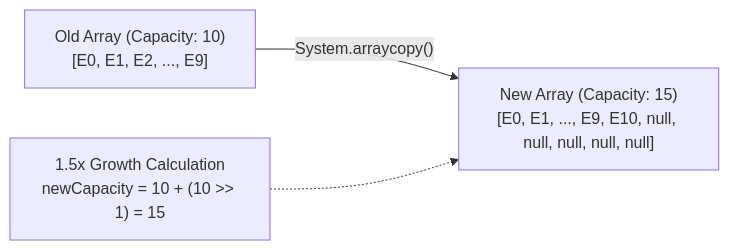
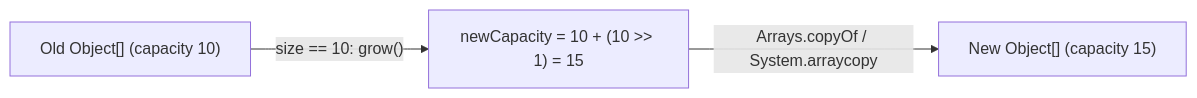
The second of 3 diagrams in content/roadmap/level-3/the-collections-framework-lists-sets.md (ravishankar2463/java_hub), drawn with Mermaid before and after one commit. The commit also changed other lines of this file and 119 other files, not shown here.

Commit message:
feat: add comprehensive java learning roadmap content across multiple levels

````diff
--- a/content/roadmap/level-3/the-collections-framework-lists-sets.md
+++ b/content/roadmap/level-3/the-collections-framework-lists-sets.md
@@ -68,9 +65,5 @@
 ```mermaid
 flowchart LR
-    OldArr["Old Array (Capacity: 10)<br/>[E0, E1, E2, ..., E9]"]
-    Resize["1.5x Growth Calculation<br/>newCapacity = 10 + (10 >> 1) = 15"]
-    NewArr["New Array (Capacity: 15)<br/>[E0, E1, ..., E9, E10, null, null, null, null, null]"]
-
-    OldArr -->|"System.arraycopy()"| NewArr
-    Resize -.-> NewArr
+    oldArr["Old Object[] (capacity 10)"] -->|"size == 10: grow()"| calc["newCapacity = 10 + (10 >> 1) = 15"]
+    calc -->|"Arrays.copyOf / System.arraycopy"| newArr["New Object[] (capacity 15)"]
 ```
````
